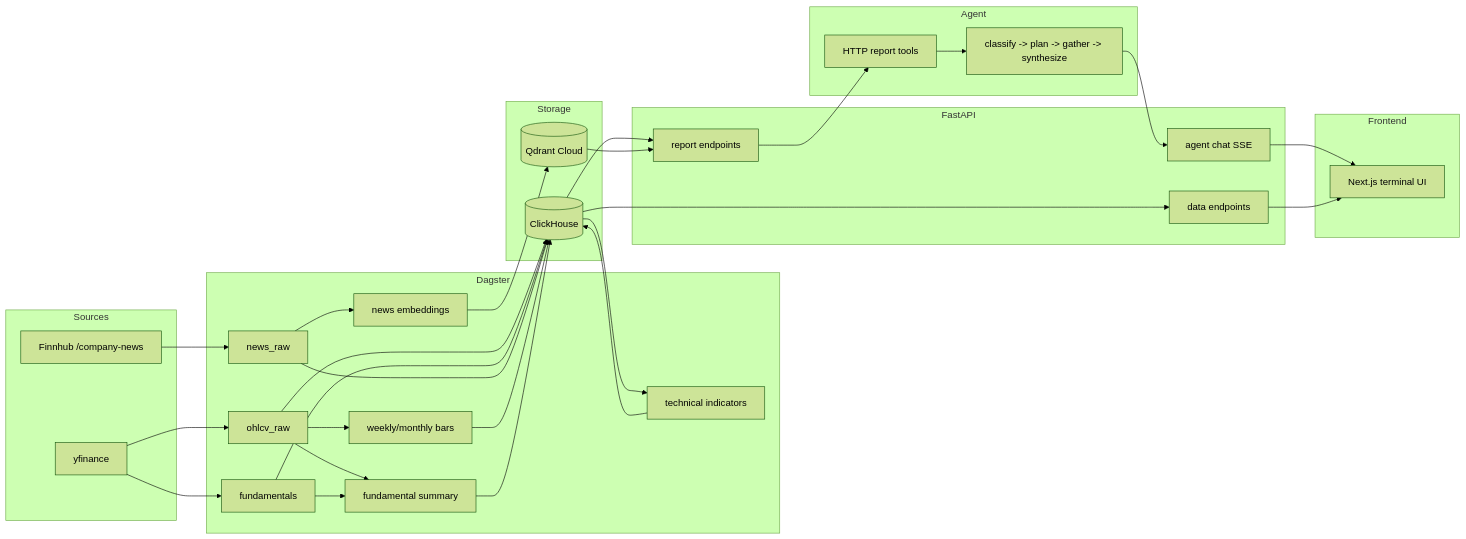
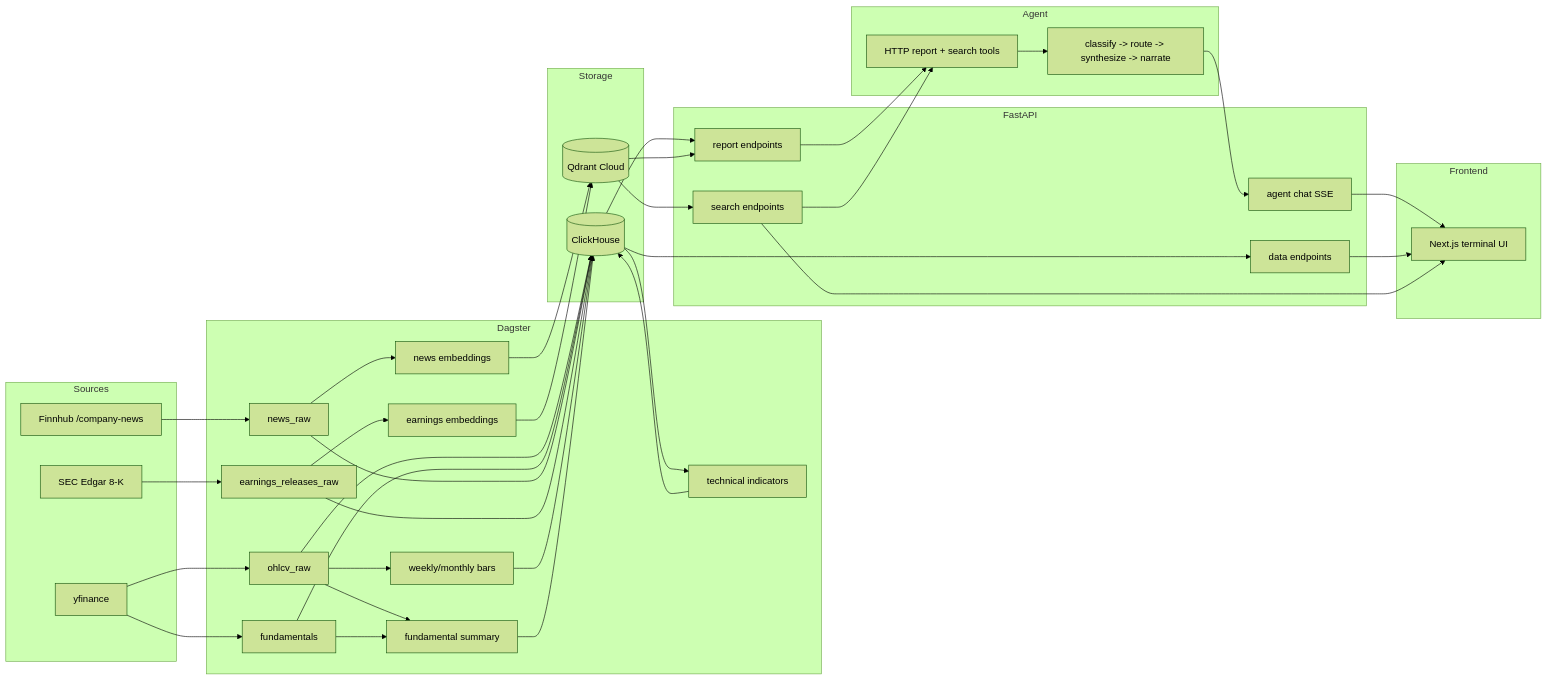
The diagram in README.md (noahwins-ng/equity-data-agent), drawn with Mermaid (forest theme) before and after one commit. The commit also changed other lines of this file and 5 other files, not shown here.

First line of the commit message:
docs: refresh architecture docs + refactor README for recruiter appeal (#435)

````diff
--- a/README.md
+++ b/README.md
@@ -120,53 +87,62 @@
 ```mermaid
 graph LR
     subgraph Sources
         YF[yfinance]
         NEWS[Finnhub /company-news]
+        EDGAR[SEC Edgar 8-K]
     end
 
     subgraph Dagster
         OHLCV[ohlcv_raw]
         FUND[fundamentals]
         AGG[weekly/monthly bars]
         TECH[technical indicators]
         FSUM[fundamental summary]
         NRAW[news_raw]
         EMB[news embeddings]
+        ERAW[earnings_releases_raw]
+        EEMB[earnings embeddings]
     end
 
     subgraph Storage
         CH[(ClickHouse)]
         QD[(Qdrant Cloud)]
     end
 
     subgraph FastAPI
         REP[report endpoints]
         DATA[data endpoints]
+        SEARCH[search endpoints]
         SSE[agent chat SSE]
     end
 
     subgraph Agent
-        GRAPH[classify -> plan -> gather -> synthesize]
-        TOOLS[HTTP report tools]
+        GRAPH[classify -> route -> synthesize -> narrate]
+        TOOLS[HTTP report + search tools]
     end
 
     subgraph Frontend
         UI[Next.js terminal UI]
     end
 
     YF --> OHLCV --> CH
     YF --> FUND --> CH
     NEWS --> NRAW --> CH
     NRAW --> EMB --> QD
+    EDGAR --> ERAW --> CH
+    ERAW --> EEMB --> QD
     OHLCV --> AGG --> CH
     CH --> TECH --> CH
     OHLCV --> FSUM
     FUND --> FSUM
     FSUM --> CH
     CH --> REP
     CH --> DATA
+    QD --> SEARCH
     QD --> REP
     REP --> TOOLS --> GRAPH
+    SEARCH --> TOOLS
     GRAPH --> SSE --> UI
     DATA --> UI
+    SEARCH --> UI
 ```
````
